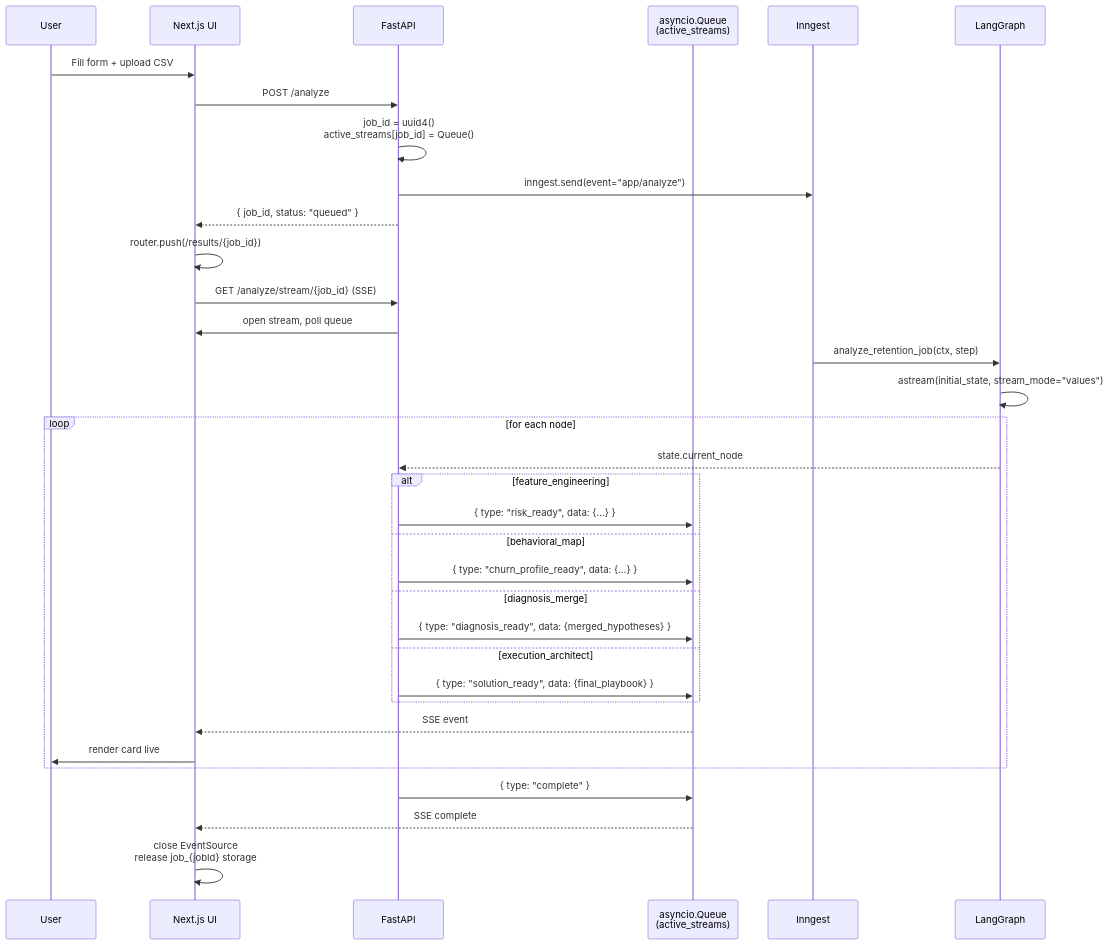
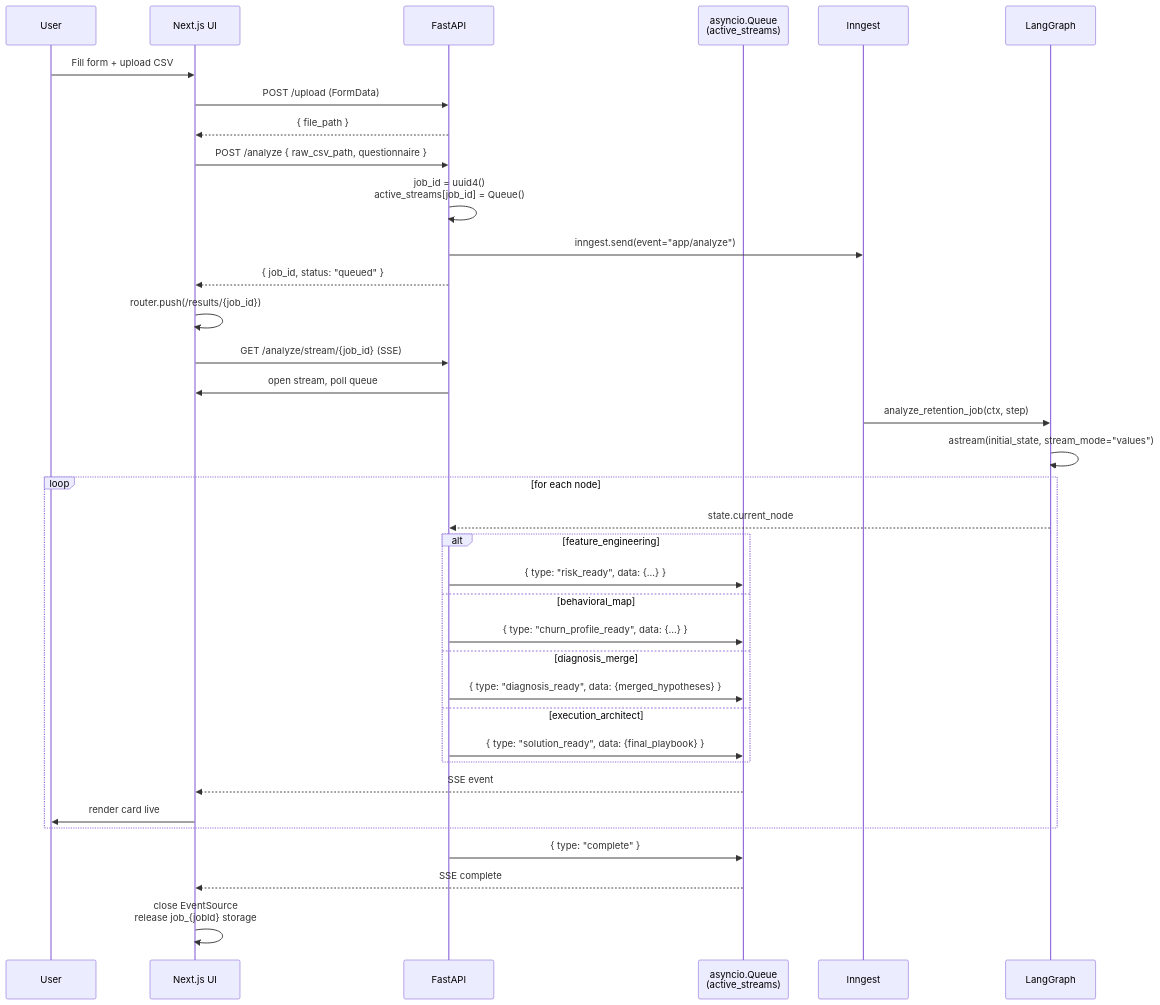
The diagram in docs/ui-flow.md (Srijan76-code/Retain_AI), drawn with Mermaid before and after one commit. The commit also changed other lines of this file and 1 other file, not shown here.

Commit message:
23.feat: implement explicit CSV file upload endpoint and update analysis workflow documentation

````diff
--- a/docs/ui-flow.md
+++ b/docs/ui-flow.md
@@ -56,40 +57,42 @@
 ```mermaid
 sequenceDiagram
     participant U as User
     participant F as Next.js UI
     participant A as FastAPI
     participant Q as asyncio.Queue<br/>(active_streams)
     participant I as Inngest
     participant G as LangGraph
 
     U->>F: Fill form + upload CSV
-    F->>A: POST /analyze
+    F->>A: POST /upload (FormData)
+    A-->>F: { file_path }
+    F->>A: POST /analyze { raw_csv_path, questionnaire }
     A->>A: job_id = uuid4()<br/>active_streams[job_id] = Queue()
     A->>I: inngest.send(event="app/analyze")
     A-->>F: { job_id, status: "queued" }
     F->>F: router.push(/results/{job_id})
     F->>A: GET /analyze/stream/{job_id} (SSE)
     A->>F: open stream, poll queue
 
     I->>G: analyze_retention_job(ctx, step)
     G->>G: astream(initial_state, stream_mode="values")
 
     loop for each node
         G-->>A: state.current_node
         alt feature_engineering
             A->>Q: { type: "risk_ready", data: {...} }
         else behavioral_map
             A->>Q: { type: "churn_profile_ready", data: {...} }
         else diagnosis_merge
             A->>Q: { type: "diagnosis_ready", data: {merged_hypotheses} }
         else execution_architect
             A->>Q: { type: "solution_ready", data: {final_playbook} }
         end
         Q-->>F: SSE event
         F->>U: render card live
     end
 
     A->>Q: { type: "complete" }
     Q-->>F: SSE complete
     F->>F: close EventSource<br/>release job_{jobId} storage
 ```
````
